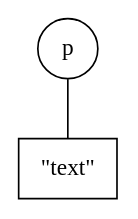
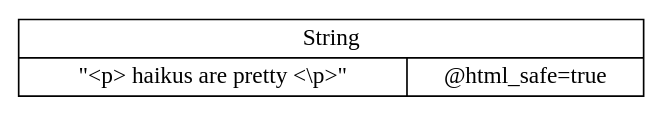
Before and after one commit to plexus/conf-talks: the third of 3 diagrams in 2013-rulu/presentation.md, drawn with Graphviz. The commit also changed other lines of this file and 403 other files, not shown here.

`````diff
--- a/2013-rulu/presentation.md
+++ b/2013-rulu/presentation.md
@@ -390,8 +333,7 @@
-````dot
-graph para {
-  p[shape="circle"];
-  text[label="\"text\"" shape="box"];
-
-  p -- text;
+```dot
+graph html_safe {
+  rankdir=LR
+  node[shape=record];
+  string[label="String | {\"\<p\> haikus are pretty \<\\p\>\" | @html_safe=true }"];
 }
-````
+```
`````
